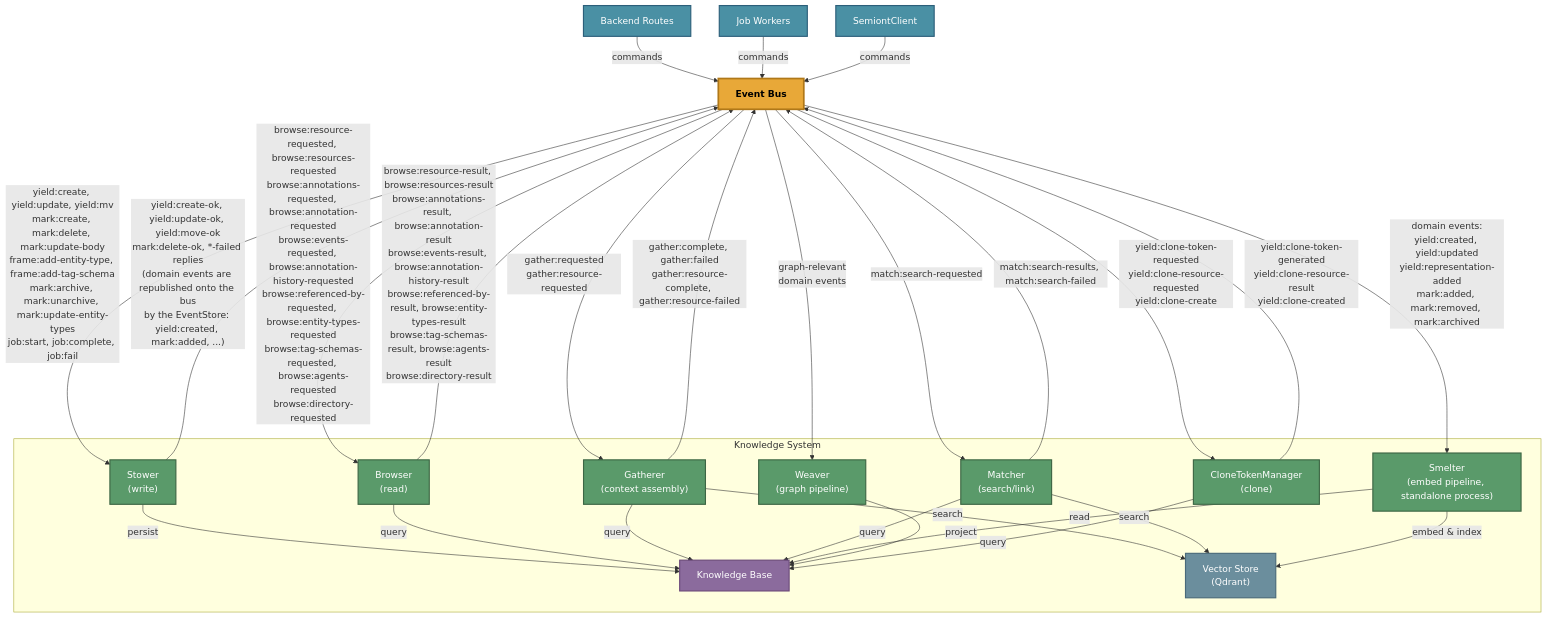
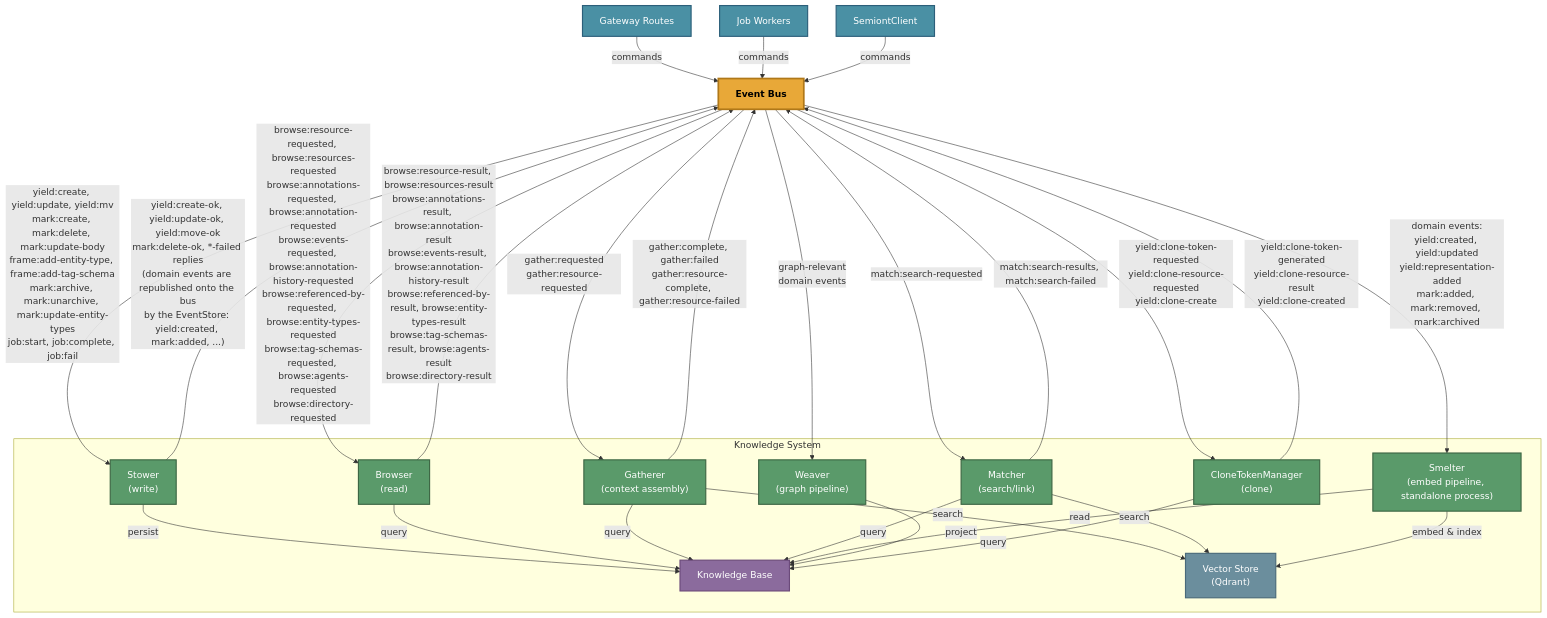
One commit to The-AI-Alliance/semiont changed the diagram in packages/make-meaning/README.md. Above: the diagram before and after it, drawn with Mermaid. The commit also changed other lines of this file and 529 other files, not shown here.

First line of the commit message:
backend → gateway: rename every surface, with one compat alias for the fleet's config key (#1257)

````diff
--- a/packages/make-meaning/README.md
+++ b/packages/make-meaning/README.md
@@ -106,54 +106,54 @@
 ```mermaid
 graph TB
-    Routes["Backend Routes"] -->|commands| BUS["Event Bus"]
+    Routes["Gateway Routes"] -->|commands| BUS["Event Bus"]
     Workers["Job Workers"] -->|commands| BUS
     EBC["SemiontClient"] -->|commands| BUS
 
     subgraph ks ["Knowledge System"]
         STOWER["Stower<br/>(write)"]
         BROWSER["Browser<br/>(read)"]
         GATHERER["Gatherer<br/>(context assembly)"]
         MATCHER["Matcher<br/>(search/link)"]
         SMELTER["Smelter<br/>(embed pipeline, standalone process)"]
         WEAVER["Weaver<br/>(graph pipeline)"]
         CTM["CloneTokenManager<br/>(clone)"]
         KB["Knowledge Base"]
         VECTORS["Vector Store<br/>(Qdrant)"]
         STOWER -->|persist| KB
         BROWSER -->|query| KB
         GATHERER -->|query| KB
         GATHERER -->|search| VECTORS
         MATCHER -->|query| KB
         MATCHER -->|search| VECTORS
         SMELTER -->|embed & index| VECTORS
         SMELTER -->|read| KB
         WEAVER -->|project| KB
         CTM -->|query| KB
     end
 
     BUS -->|"yield:create, yield:update, yield:mv<br/>mark:create, mark:delete, mark:update-body<br/>frame:add-entity-type, frame:add-tag-schema<br/>mark:archive, mark:unarchive, mark:update-entity-types<br/>job:start, job:complete, job:fail"| STOWER
     BUS -->|"browse:resource-requested, browse:resources-requested<br/>browse:annotations-requested, browse:annotation-requested<br/>browse:events-requested, browse:annotation-history-requested<br/>browse:referenced-by-requested, browse:entity-types-requested<br/>browse:tag-schemas-requested, browse:agents-requested<br/>browse:directory-requested"| BROWSER
     BUS -->|"gather:requested<br/>gather:resource-requested"| GATHERER
     BUS -->|"match:search-requested"| MATCHER
     BUS -->|"domain events:<br/>yield:created, yield:updated<br/>yield:representation-added<br/>mark:added, mark:removed, mark:archived"| SMELTER
     BUS -->|"graph-relevant<br/>domain events"| WEAVER
     BUS -->|"yield:clone-token-requested<br/>yield:clone-resource-requested<br/>yield:clone-create"| CTM
 
     STOWER -->|"yield:create-ok, yield:update-ok, yield:move-ok<br/>mark:delete-ok, *-failed replies<br/>(domain events are republished onto the bus<br/>by the EventStore: yield:created, mark:added, ...)"| BUS
     BROWSER -->|"browse:resource-result, browse:resources-result<br/>browse:annotations-result, browse:annotation-result<br/>browse:events-result, browse:annotation-history-result<br/>browse:referenced-by-result, browse:entity-types-result<br/>browse:tag-schemas-result, browse:agents-result<br/>browse:directory-result"| BUS
     GATHERER -->|"gather:complete, gather:failed<br/>gather:resource-complete, gather:resource-failed"| BUS
     MATCHER -->|"match:search-results, match:search-failed"| BUS
     CTM -->|"yield:clone-token-generated<br/>yield:clone-resource-result<br/>yield:clone-created"| BUS
 
     classDef bus fill:#e8a838,stroke:#b07818,stroke-width:3px,color:#000,font-weight:bold
     classDef actor fill:#5a9a6a,stroke:#3d6644,stroke-width:2px,color:#fff
     classDef kb fill:#8b6b9d,stroke:#6b4a7a,stroke-width:2px,color:#fff
     classDef caller fill:#4a90a4,stroke:#2c5f7a,stroke-width:2px,color:#fff
 
     class BUS bus
     classDef vectorstore fill:#6b8e9d,stroke:#4a6a7a,stroke-width:2px,color:#fff
     class STOWER,BROWSER,GATHERER,MATCHER,SMELTER,WEAVER,CTM actor
     class KB kb
     class VECTORS vectorstore
     class Routes,Workers,EBC caller
 ```
````
